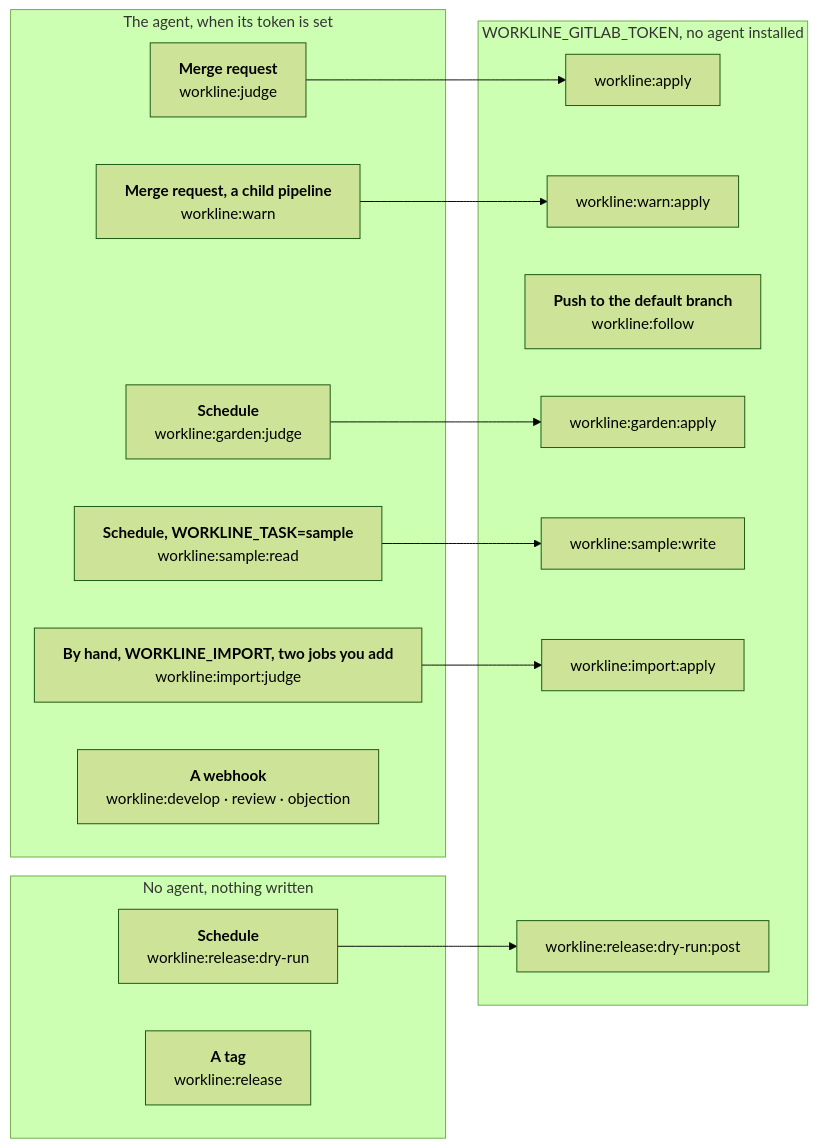
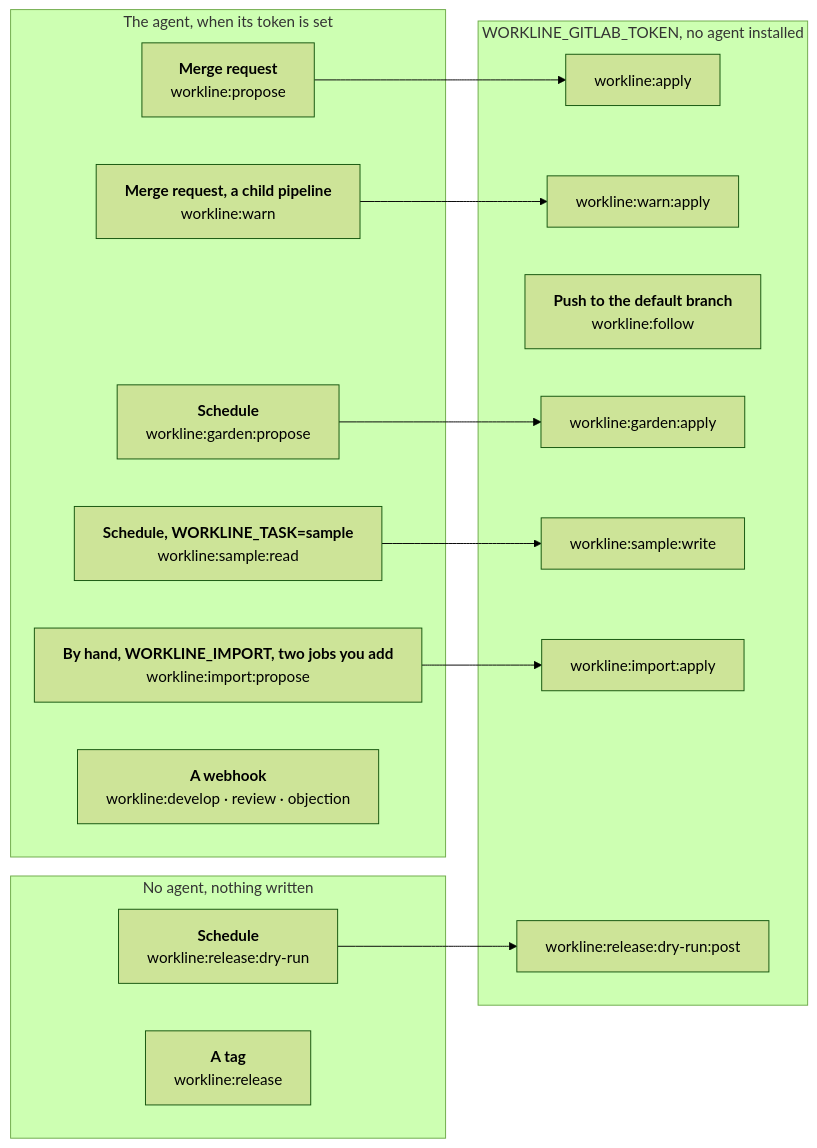
Before and after one commit to JN0V/workline: the diagram in docs/ci-gitlab.md, drawn with Mermaid (forest theme). The commit also changed other lines of this file and 89 other files, not shown here.

First line of the commit message:
ci!: the job that runs the line is propose, paired with apply

````diff
--- a/docs/ci-gitlab.md
+++ b/docs/ci-gitlab.md
@@ -31,31 +31,31 @@
 ```mermaid
 %%{init: {"flowchart": {"wrappingWidth": 400}}}%%
 flowchart LR
   subgraph reads["The agent, when its token is set"]
-    judge["<b>Merge request</b><br/>workline:judge"]
+    propose["<b>Merge request</b><br/>workline:propose"]
     warn["<b>Merge request, a child pipeline</b><br/>workline:warn"]
-    garden["<b>Schedule</b><br/>workline:garden:judge"]
+    garden["<b>Schedule</b><br/>workline:garden:propose"]
     sample["<b>Schedule, WORKLINE_TASK=sample</b><br/>workline:sample:read"]
-    import["<b>By hand, WORKLINE_IMPORT, two jobs you add</b><br/>workline:import:judge"]
+    import["<b>By hand, WORKLINE_IMPORT, two jobs you add</b><br/>workline:import:propose"]
     hook["<b>A webhook</b><br/>workline:develop · review · objection"]
   end
   subgraph none["No agent, nothing written"]
     dry["<b>Schedule</b><br/>workline:release:dry-run"]
     rel["<b>A tag</b><br/>workline:release"]
   end
   subgraph writes["WORKLINE_GITLAB_TOKEN, no agent installed"]
     apply["workline:apply"]
     wapply["workline:warn:apply"]
     follow["<b>Push to the default branch</b><br/>workline:follow"]
     gapply["workline:garden:apply"]
     swrite["workline:sample:write"]
     iapply["workline:import:apply"]
     dpost["workline:release:dry-run:post"]
   end
-  judge --> apply
+  propose --> apply
   warn --> wapply
   garden --> gapply
   sample --> swrite
   import --> iapply
   dry --> dpost
 ```
````
